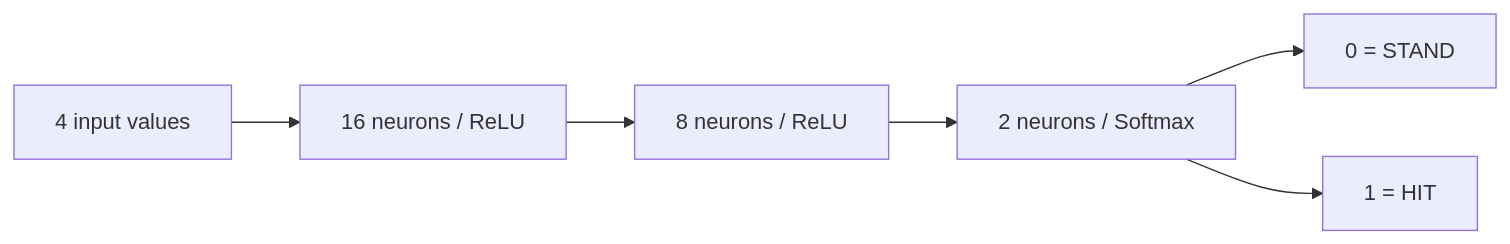
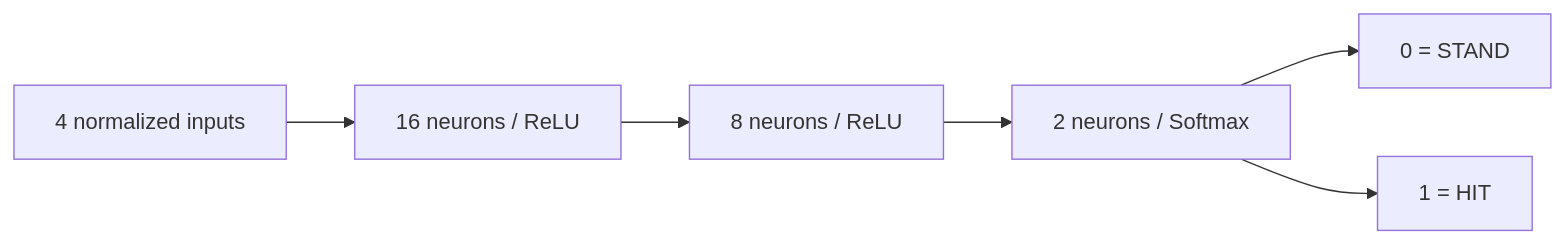
The diagram in docs/learning-guide/07-neural-network-explained.md (u6715032/Blackjack_Arena), drawn with Mermaid before and after one commit. The commit also changed other lines of this file and 26 other files, not shown here.

````diff
--- a/docs/learning-guide/07-neural-network-explained.md
+++ b/docs/learning-guide/07-neural-network-explained.md
@@ -27,8 +93,8 @@
 ```mermaid
 flowchart LR
-    Input[4 input values] --> First[16 neurons / ReLU]
+    Input[4 normalized inputs] --> First[16 neurons / ReLU]
     First --> Second[8 neurons / ReLU]
     Second --> Output[2 neurons / Softmax]
     Output --> Stand[0 = STAND]
     Output --> Hit[1 = HIT]
 ```
````
